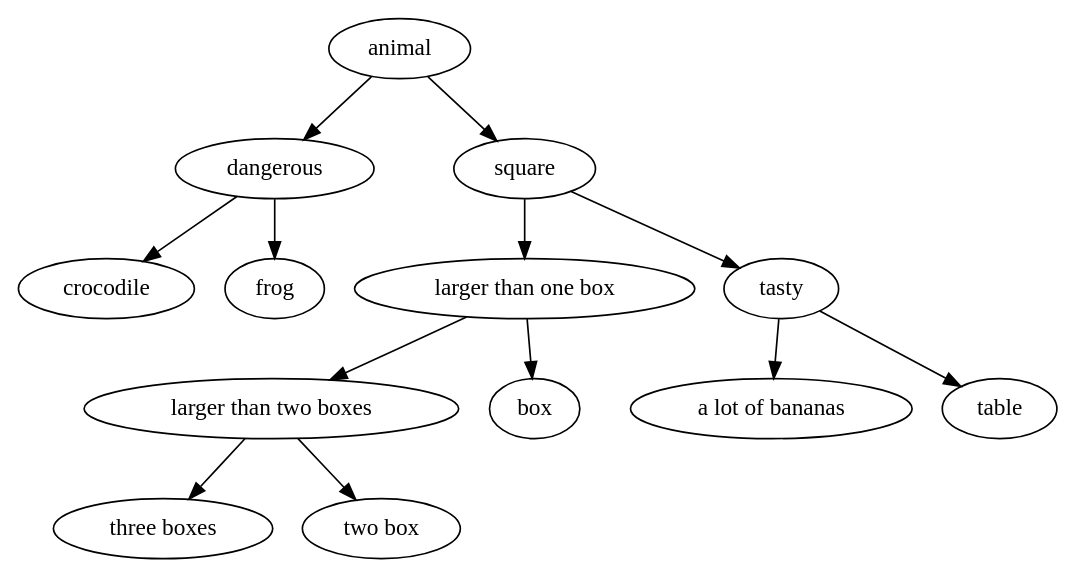
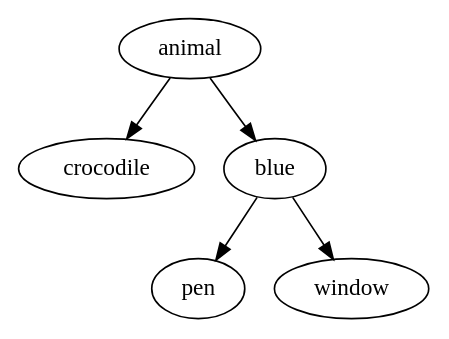
One commit to alextroegubov/Technotrack-C-course changed the diagram in akinator/tree.dot. Above: the diagram before and after it, drawn with Graphviz. The commit also changed 9 other files, not shown here.

```diff
--- a/akinator/tree.dot
+++ b/akinator/tree.dot
@@ -1,28 +1,12 @@
 digraph G {
-94616415032656[label = "crocodile"]
-94616415032576[label = "dangerous"]
-94616415032576->94616415032656;
-94616415032576->94616415032736;
-94616415032736[label = "frog"]
-94616415032496[label = "animal"]
-94616415032496->94616415032576;
-94616415032496->94616415032816;
-94616415033056[label = "three boxes"]
-94616415032976[label = "larger than two boxes"]
-94616415032976->94616415033056;
-94616415032976->94616415033136;
-94616415033136[label = "two box"]
-94616415032896[label = "larger than one box"]
-94616415032896->94616415032976;
-94616415032896->94616415033216;
-94616415033216[label = "box"]
-94616415032816[label = "square"]
-94616415032816->94616415032896;
-94616415032816->94616415033296;
-94616415033376[label = "a lot of bananas"]
-94616415033296[label = "tasty"]
-94616415033296->94616415033376;
-94616415033296->94616415033456;
-94616415033456[label = "table"]
+94324332344576[label = "crocodile"]
+94324332344496[label = "animal"]
+94324332344496->94324332344576;
+94324332344496->94324332346816;
+94324332346896[label = "pen"]
+94324332346816[label = "blue"]
+94324332346816->94324332346896;
+94324332346816->94324332346976;
+94324332346976[label = "window"]
 
 }
```
